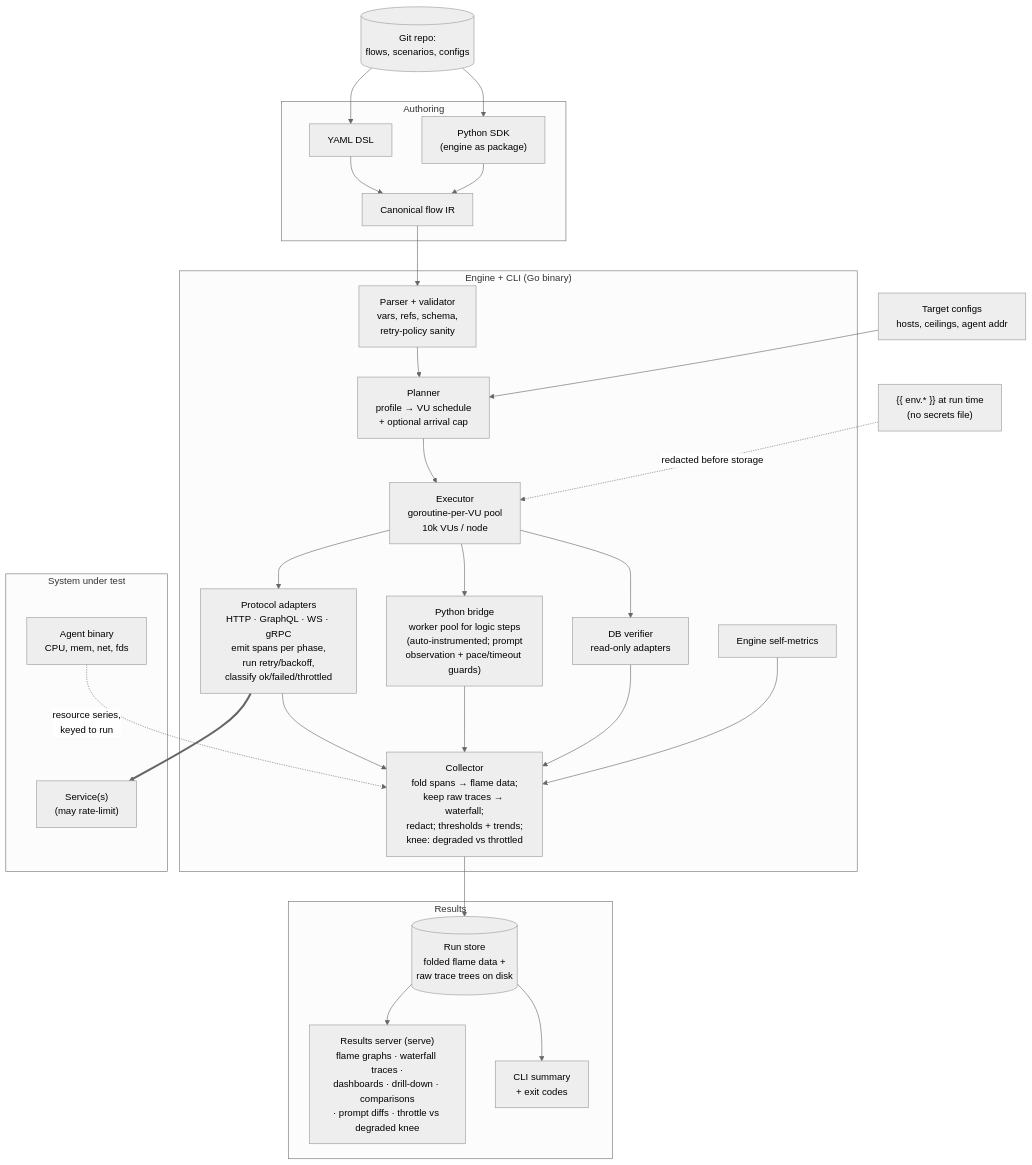
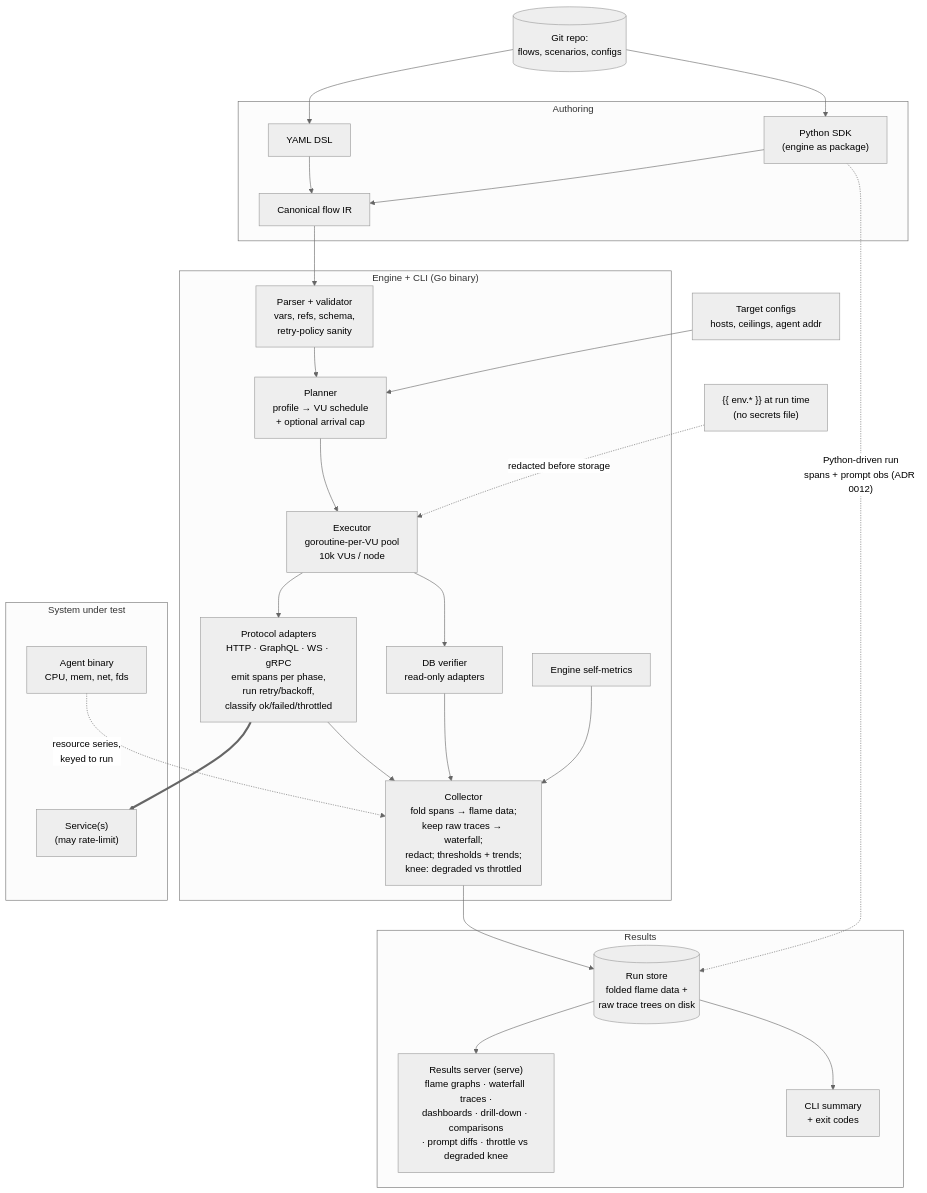
The third of 4 diagrams in docs/prd.md (blackprince001/flowbench), drawn with Mermaid (neutral theme) before and after one commit. The commit also changed other lines of this file and 2 other files, not shown here.

First line of the commit message:
docs: cascade the no-bridge pivot through PRD, milestones, log

````diff
--- a/docs/prd.md
+++ b/docs/prd.md
@@ -497,38 +497,37 @@
 ```mermaid
 graph TD
     subgraph Authoring
         Y["YAML DSL"] --> IR["Canonical flow IR"]
         PY["Python SDK<br/>(engine as package)"] --> IR
     end
 
     subgraph Engine["Engine + CLI (Go binary)"]
         IR --> V["Parser + validator<br/>vars, refs, schema,<br/>retry-policy sanity"]
         V --> PL["Planner<br/>profile → VU schedule<br/>+ optional arrival cap"]
         PL --> EX["Executor<br/>goroutine-per-VU pool<br/>10k VUs / node"]
         EX --> AD["Protocol adapters<br/>HTTP · GraphQL · WS · gRPC<br/>emit spans per phase,<br/>run retry/backoff,<br/>classify ok/failed/throttled"]
-        EX --> BR["Python bridge<br/>worker pool for logic steps<br/>(auto-instrumented; prompt<br/>observation + pace/timeout guards)"]
         EX --> VF["DB verifier<br/>read-only adapters"]
         AD --> COL["Collector<br/>fold spans → flame data;<br/>keep raw traces → waterfall;<br/>redact; thresholds + trends;<br/>knee: degraded vs throttled"]
-        BR --> COL
         VF --> COL
         SELF["Engine self-metrics"] --> COL
     end
 
     subgraph Target["System under test"]
         SUT["Service(s)<br/>(may rate-limit)"]
         AG["Agent binary<br/>CPU, mem, net, fds"]
     end
     AD ==> SUT
     AG -. "resource series,<br/>keyed to run" .-> COL
 
     subgraph Results
         COL --> ST[("Run store<br/>folded flame data +<br/>raw trace trees on disk")]
         ST --> RS["Results server (serve)<br/>flame graphs · waterfall traces ·<br/>dashboards · drill-down · comparisons<br/>· prompt diffs · throttle vs degraded knee"]
         ST --> CLI["CLI summary<br/>+ exit codes"]
     end
 
+    PY -. "Python-driven run<br/>spans + prompt obs (ADR 0012)" .-> ST
     ENV["{{ env.* }} at run time<br/>(no secrets file)"] -. redacted before storage .-> EX
     TC["Target configs<br/>hosts, ceilings, agent addr"] --> PL
     GIT[("Git repo:<br/>flows, scenarios, configs")] --> Y
     GIT --> PY
 ```
````
